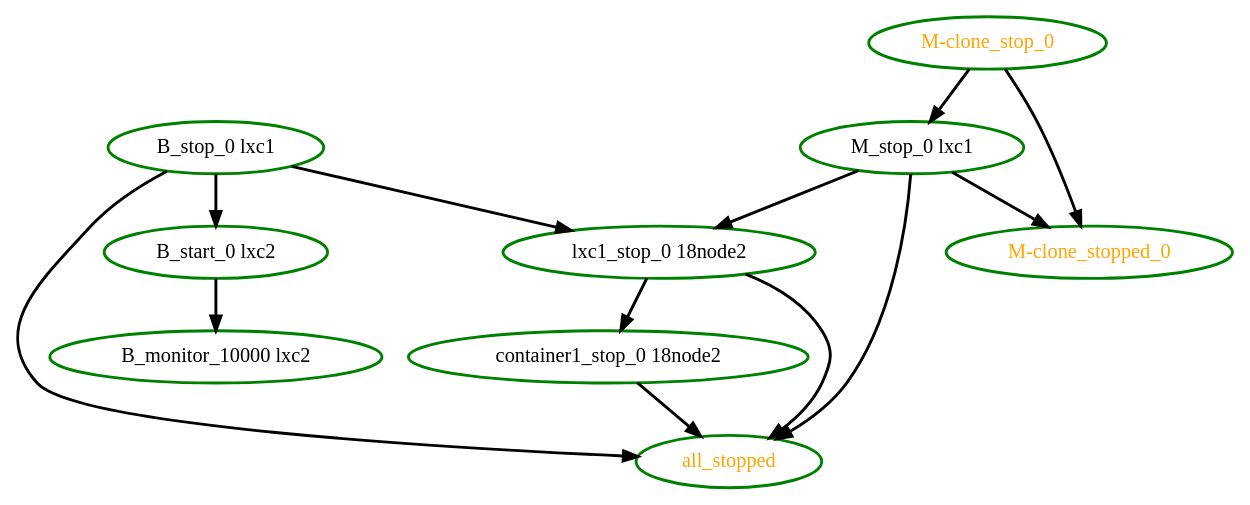
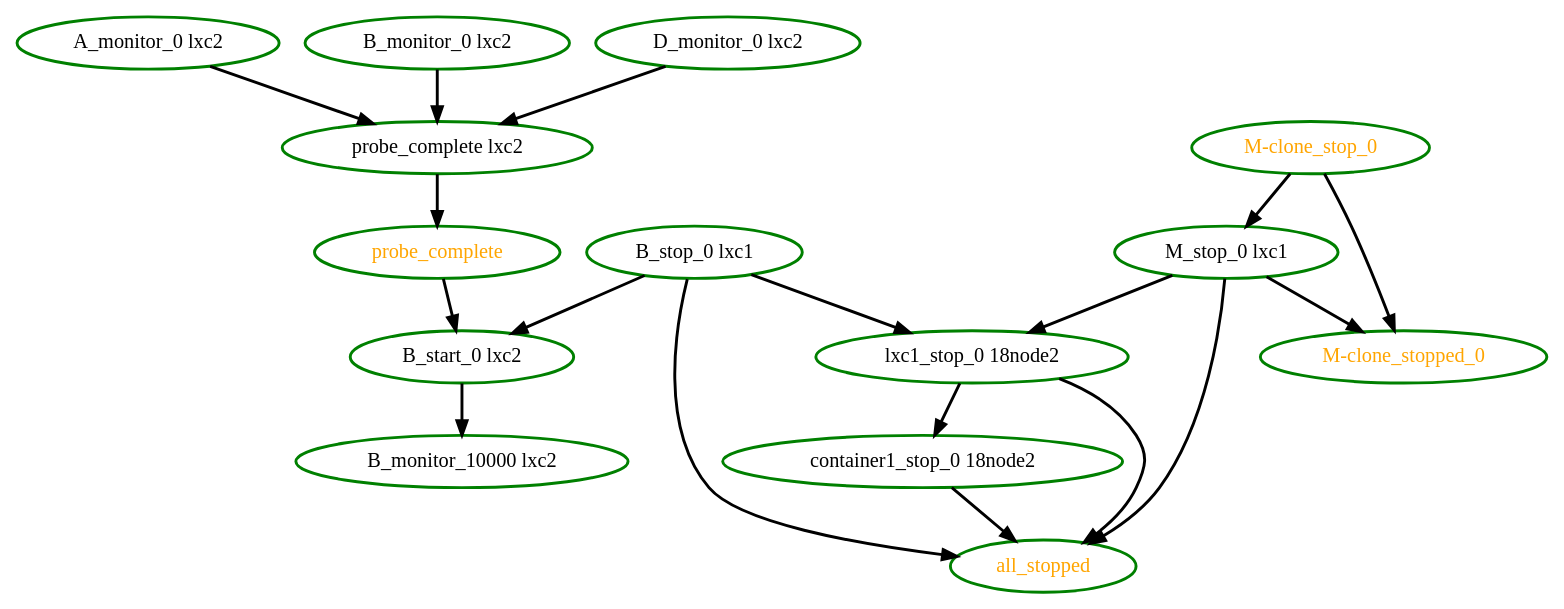
Before and after one commit to ClusterLabs/pacemaker: the diagram in pengine/test10/whitebox-stop.dot, drawn with Graphviz. The commit also changed 26 other files, not shown here.

```diff
--- a/pengine/test10/whitebox-stop.dot
+++ b/pengine/test10/whitebox-stop.dot
@@ -1,23 +1,33 @@
 digraph "g" {
+"A_monitor_0 lxc2" -> "probe_complete lxc2" [ style = bold]
+"A_monitor_0 lxc2" [ style=bold color="green" fontcolor="black"]
+"B_monitor_0 lxc2" -> "probe_complete lxc2" [ style = bold]
+"B_monitor_0 lxc2" [ style=bold color="green" fontcolor="black"]
 "B_monitor_10000 lxc2" [ style=bold color="green" fontcolor="black"]
 "B_start_0 lxc2" -> "B_monitor_10000 lxc2" [ style = bold]
 "B_start_0 lxc2" [ style=bold color="green" fontcolor="black"]
 "B_stop_0 lxc1" -> "B_start_0 lxc2" [ style = bold]
 "B_stop_0 lxc1" -> "all_stopped" [ style = bold]
 "B_stop_0 lxc1" -> "lxc1_stop_0 18node2" [ style = bold]
 "B_stop_0 lxc1" [ style=bold color="green" fontcolor="black"]
+"D_monitor_0 lxc2" -> "probe_complete lxc2" [ style = bold]
+"D_monitor_0 lxc2" [ style=bold color="green" fontcolor="black"]
 "M-clone_stop_0" -> "M-clone_stopped_0" [ style = bold]
 "M-clone_stop_0" -> "M_stop_0 lxc1" [ style = bold]
 "M-clone_stop_0" [ style=bold color="green" fontcolor="orange"]
 "M-clone_stopped_0" [ style=bold color="green" fontcolor="orange"]
 "M_stop_0 lxc1" -> "M-clone_stopped_0" [ style = bold]
 "M_stop_0 lxc1" -> "all_stopped" [ style = bold]
 "M_stop_0 lxc1" -> "lxc1_stop_0 18node2" [ style = bold]
 "M_stop_0 lxc1" [ style=bold color="green" fontcolor="black"]
 "all_stopped" [ style=bold color="green" fontcolor="orange"]
 "container1_stop_0 18node2" -> "all_stopped" [ style = bold]
 "container1_stop_0 18node2" [ style=bold color="green" fontcolor="black"]
 "lxc1_stop_0 18node2" -> "all_stopped" [ style = bold]
 "lxc1_stop_0 18node2" -> "container1_stop_0 18node2" [ style = bold]
 "lxc1_stop_0 18node2" [ style=bold color="green" fontcolor="black"]
+"probe_complete lxc2" -> "probe_complete" [ style = bold]
+"probe_complete lxc2" [ style=bold color="green" fontcolor="black"]
+"probe_complete" -> "B_start_0 lxc2" [ style = bold]
+"probe_complete" [ style=bold color="green" fontcolor="orange"]
 }
```
